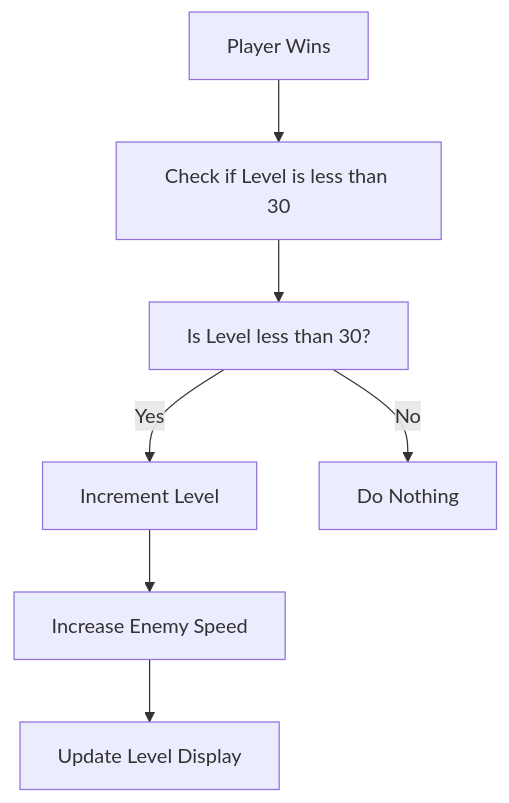
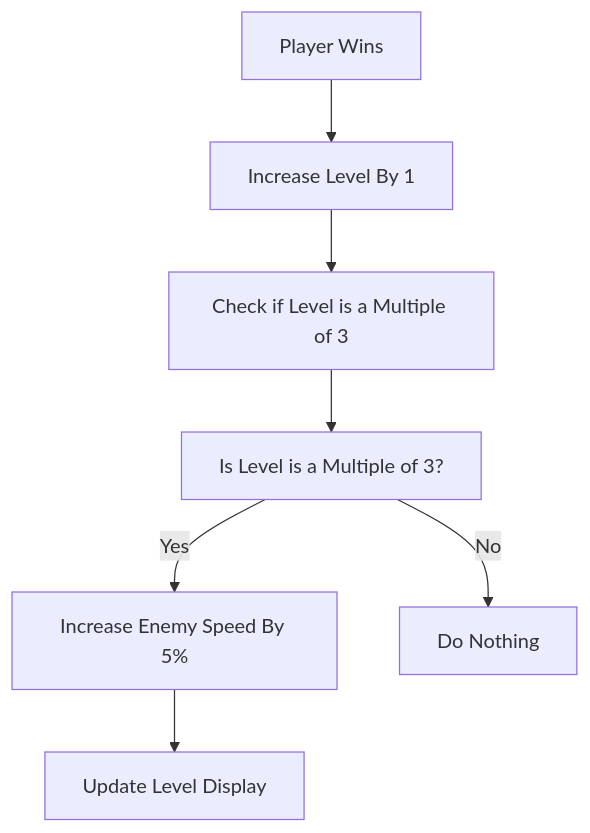
The ninth of 9 diagrams in Documents/TechnicalSpecifications/technicalSpecifications.md (algosup/2024-2025-project-1-fpga-team-6), drawn with Mermaid before and after one commit. The commit also changed other lines of this file, not shown here.

````diff
--- a/Documents/TechnicalSpecifications/technicalSpecifications.md
+++ b/Documents/TechnicalSpecifications/technicalSpecifications.md
@@ -443,9 +444,9 @@
 ```mermaid
 graph TD
-    A[Player Wins] --> B[Check if Level is less than 30]
-    B --> C[Is Level less than 30?]
-    C --> |Yes| D[Increment Level]
-    D --> E[Increase Enemy Speed]
+    A[Player Wins] --> Z[Increase Level By 1]
+    Z --> B[Check if Level is a Multiple of 3]
+    B --> C[Is Level is a Multiple of 3?]
+    C --> |Yes| E[Increase Enemy Speed By 5%]
     E --> F[Update Level Display]
     C --> |No| G[Do Nothing]
 ```
````
